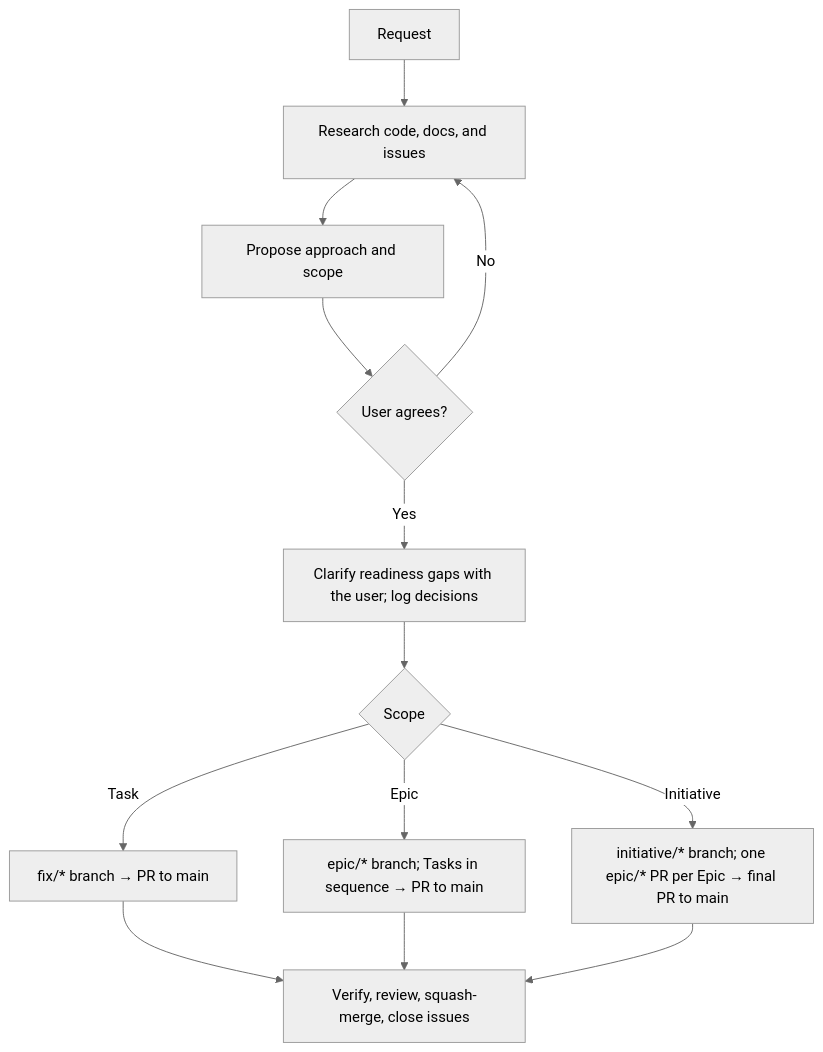
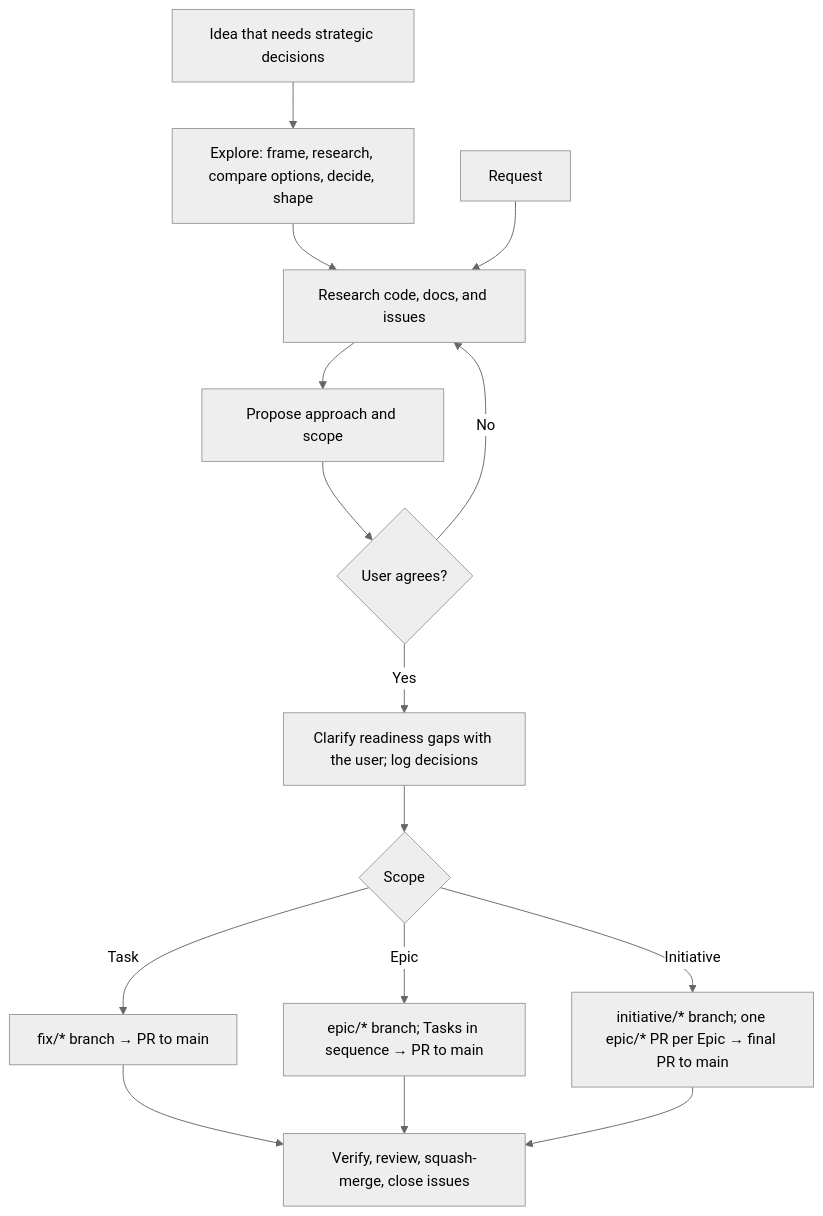
The diagram in README.md (nkhus/orchi), drawn with Mermaid (neutral theme) before and after one commit. The commit also changed other lines of this file and 17 other files, not shown here.

First line of the commit message:
feat(orchi): explore and shape ideas before planning (0.9.0) (#23)

````diff
--- a/README.md
+++ b/README.md
@@ -59,15 +59,17 @@
 ```mermaid
 flowchart TD
+    X[Idea that needs strategic decisions] --> Y[Explore: frame, research, compare options, decide, shape]
+    Y --> B
     A[Request] --> B[Research code, docs, and issues]
     B --> C[Propose approach and scope]
     C --> D{User agrees?}
     D -->|No| B
     D -->|Yes| Q[Clarify readiness gaps with the user; log decisions]
     Q --> E{Scope}
     E -->|Task| F[fix/* branch → PR to main]
     E -->|Epic| G[epic/* branch; Tasks in sequence → PR to main]
     E -->|Initiative| H[initiative/* branch; one epic/* PR per Epic → final PR to main]
     F --> I[Verify, review, squash-merge, close issues]
     G --> I
     H --> I
 ```
````
